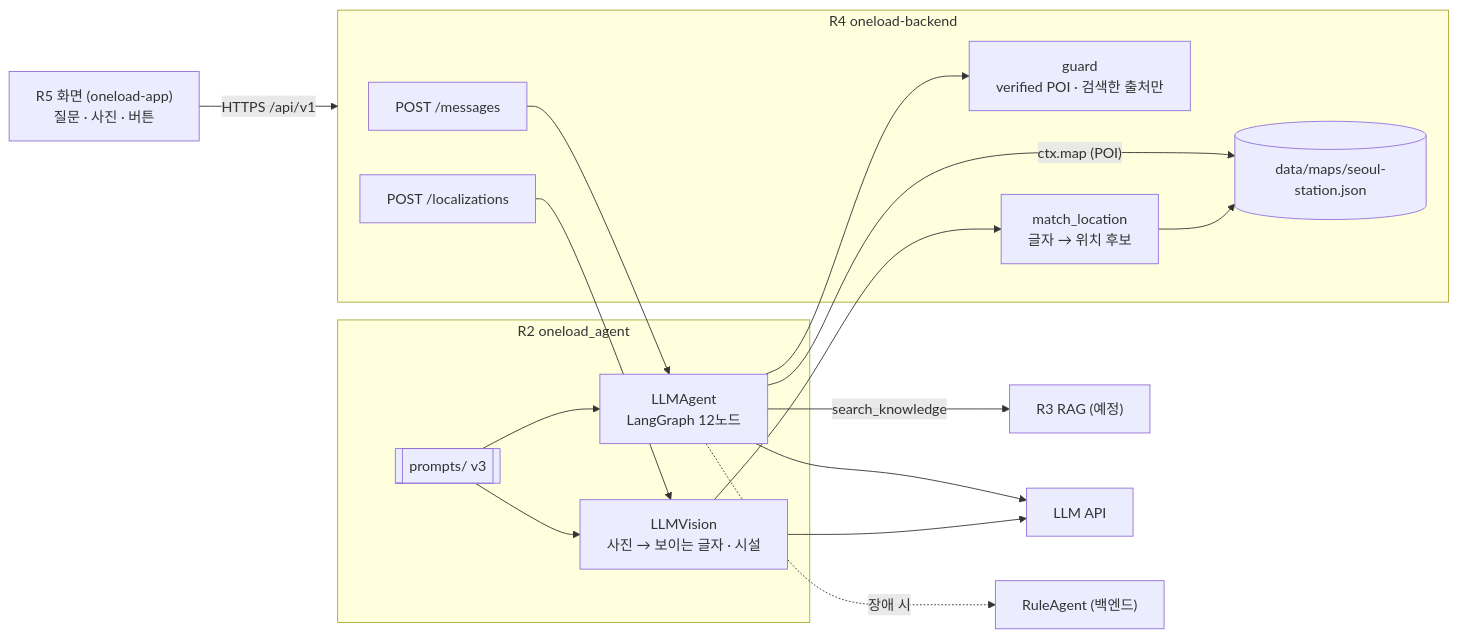
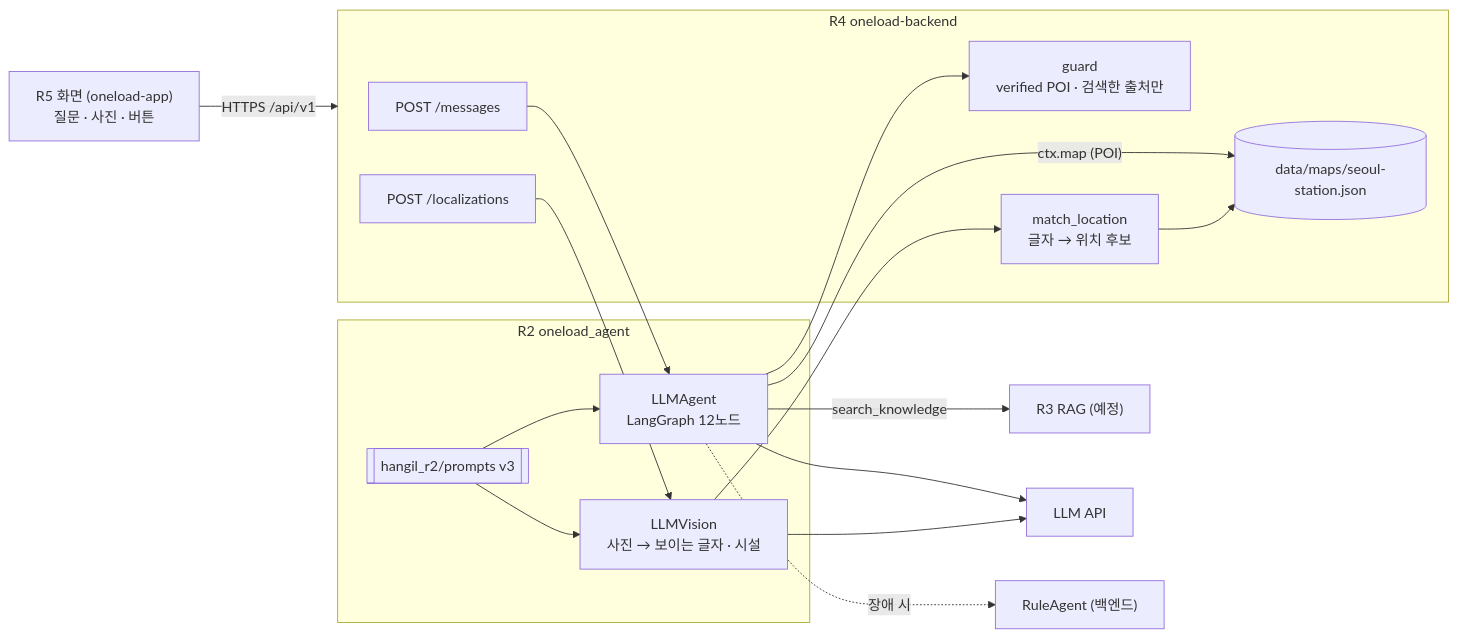
Before and after one commit to team-onetruck/oneload_agent: the diagram in docs/STEP05.md, drawn with Mermaid. The commit also changed 14 other files, not shown here.

````diff
--- a/docs/STEP05.md
+++ b/docs/STEP05.md
@@ -8,29 +8,29 @@
 ```mermaid
 flowchart LR
   APP["R5 화면 (oneload-app)<br/>질문 · 사진 · 버튼"] -- "HTTPS /api/v1" --> BE
 
   subgraph BE[R4 oneload-backend]
     MSG["POST /messages"]
     LOC["POST /localizations"]
     GUARD["guard<br/>verified POI · 검색한 출처만"]
     MATCH["match_location<br/>글자 → 위치 후보"]
     MAP[("data/maps/seoul-station.json")]
   end
 
   subgraph R2[R2 oneload_agent]
     AG["LLMAgent<br/>LangGraph 12노드"]
     VI["LLMVision<br/>사진 → 보이는 글자 · 시설"]
-    PR[["prompts/ v3"]]
+    PR[["hangil_r2/prompts v3"]]
   end
 
   MSG --> AG --> GUARD
   LOC --> VI --> MATCH
   AG -- "ctx.map (POI)" --> MAP
   MATCH --> MAP
   AG -- "search_knowledge" --> RAG["R3 RAG (예정)"]
   AG --> LLM["LLM API"]
   VI --> LLM
   PR --> AG
   PR --> VI
   AG -. "장애 시" .-> RULE["RuleAgent (백엔드)"]
 ```
````
